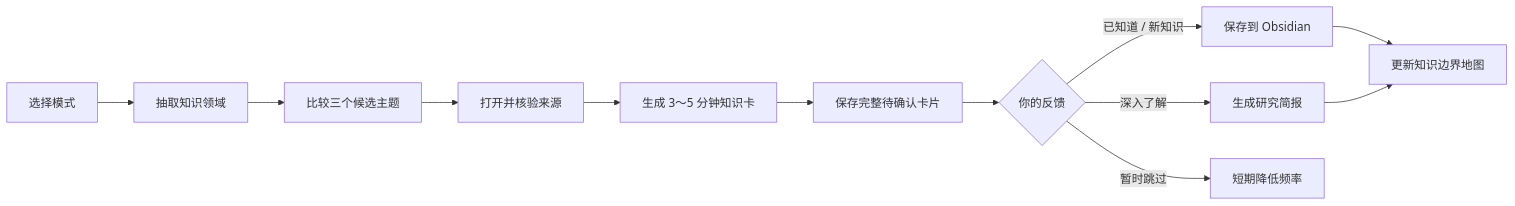
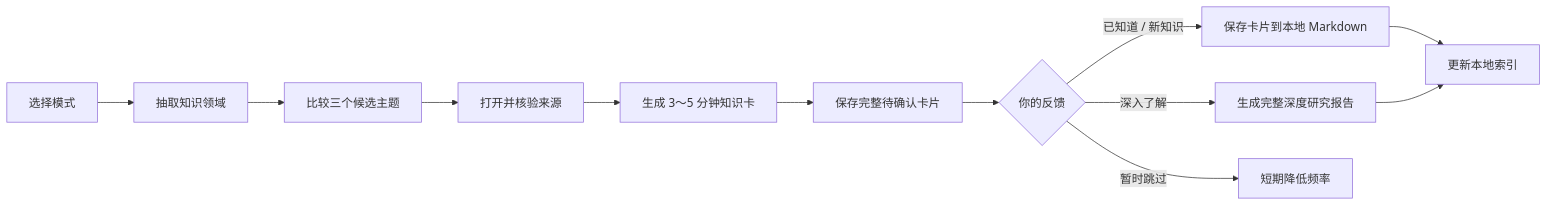
The diagram in README.md (xingxingzhou469-max/boundary-skill), drawn with Mermaid before and after one commit. The commit also changed other lines of this file and 10 other files, not shown here.

````diff
--- a/README.md
+++ b/README.md
@@ -77,14 +74,14 @@
 ```mermaid
 flowchart LR
     A["选择模式"] --> B["抽取知识领域"]
     B --> C["比较三个候选主题"]
     C --> D["打开并核验来源"]
     D --> E["生成 3～5 分钟知识卡"]
     E --> P["保存完整待确认卡片"]
     P --> F{"你的反馈"}
-    F -->|"已知道 / 新知识"| G["保存到 Obsidian"]
-    F -->|"深入了解"| H["生成研究简报"]
+    F -->|"已知道 / 新知识"| G["保存卡片到本地 Markdown"]
+    F -->|"深入了解"| H["生成完整深度研究报告"]
     F -->|"暂时跳过"| I["短期降低频率"]
-    G --> J["更新知识边界地图"]
+    G --> J["更新本地索引"]
     H --> J
 ```
````
